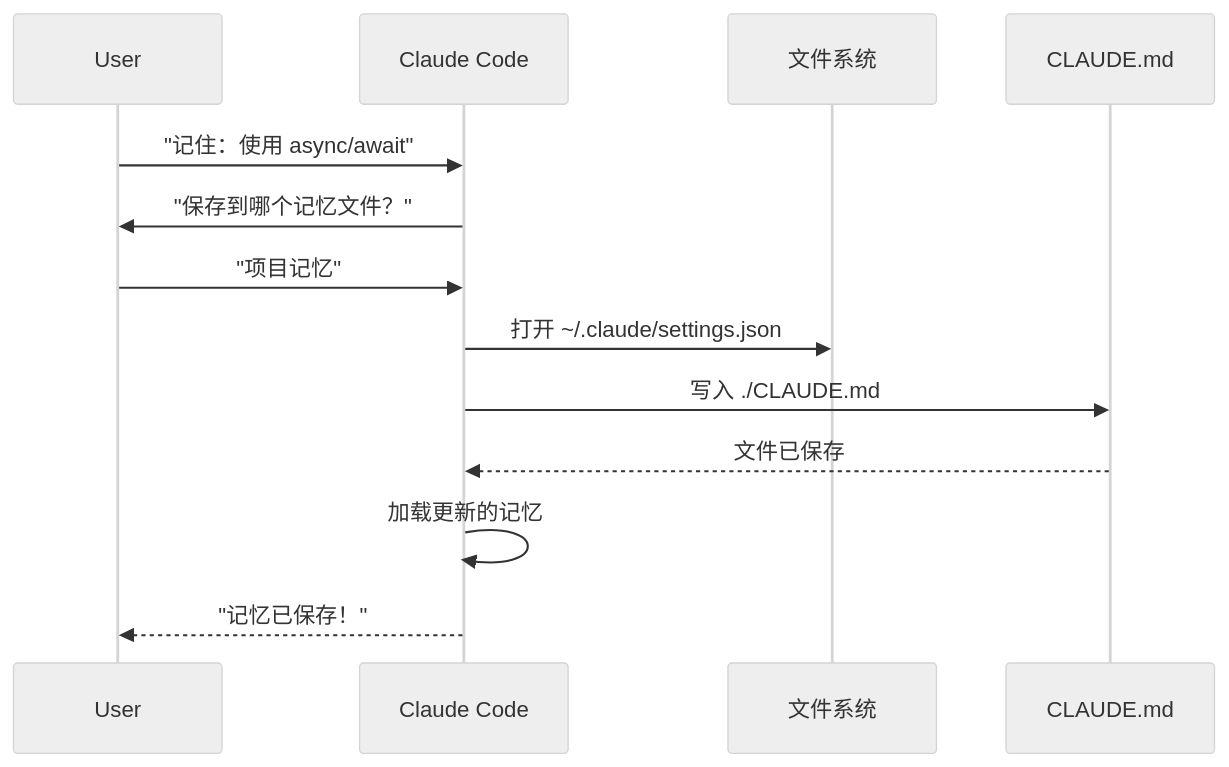
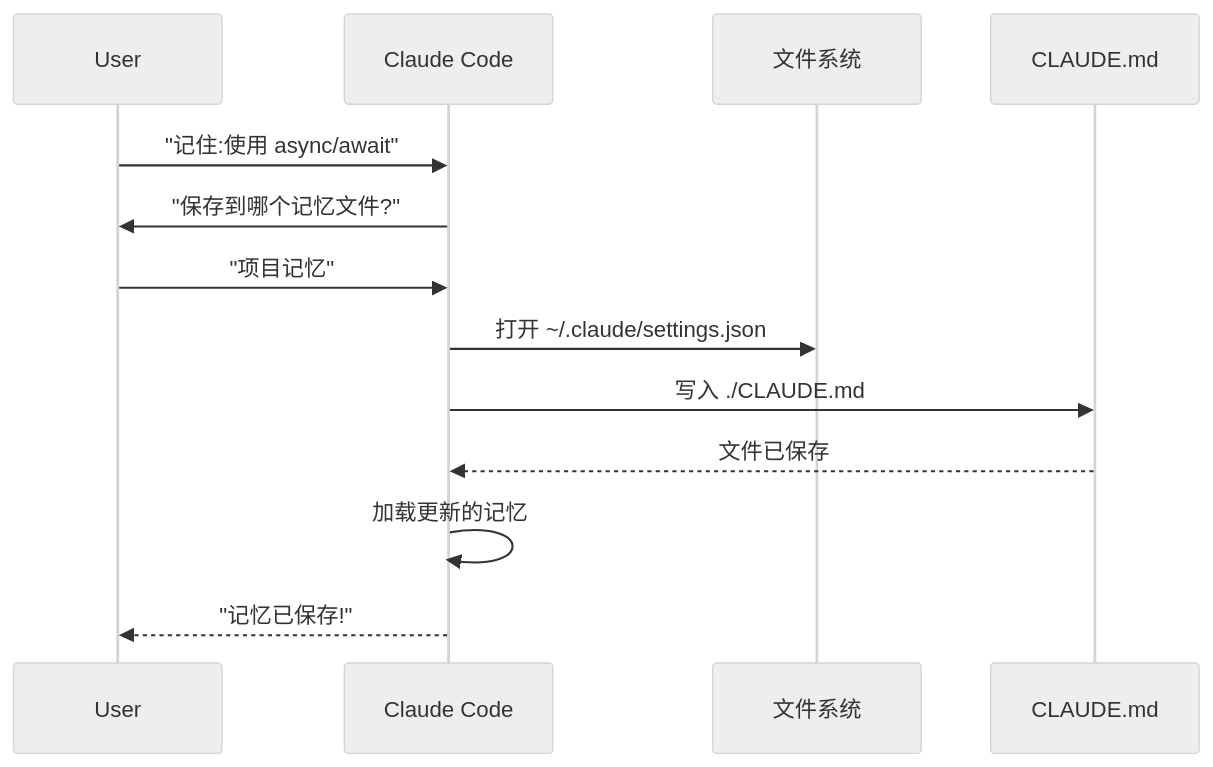
The tenth of 31 diagrams in claude-howto-zh/claude_concepts_guide.md (Rx782-Fss/claude-howto-zh), drawn with Mermaid (neutral theme) before and after one commit. The commit also changed other lines of this file and 8 other files, not shown here.

First line of the commit message:
fix: 清除所有 Mermaid 内的 GitHub 不兼容内容

````diff
--- a/claude-howto-zh/claude_concepts_guide.md
+++ b/claude-howto-zh/claude_concepts_guide.md
@@ -612,16 +612,16 @@
 ```mermaid
 sequenceDiagram
     participant User
     participant Claude as Claude Code
     participant Editor as 文件系统
     participant Memory as CLAUDE.md
 
-    User->>Claude: "记住：使用 async/await"
-    Claude->>User: "保存到哪个记忆文件？"
+    User->>Claude: "记住:使用 async/await"
+    Claude->>User: "保存到哪个记忆文件?"
     User->>Claude: "项目记忆"
     Claude->>Editor: 打开 ~/.claude/settings.json
     Claude->>Memory: 写入 ./CLAUDE.md
     Memory-->>Claude: 文件已保存
     Claude->>Claude: 加载更新的记忆
-    Claude-->>User: "记忆已保存！"
+    Claude-->>User: "记忆已保存!"
 ```
````
